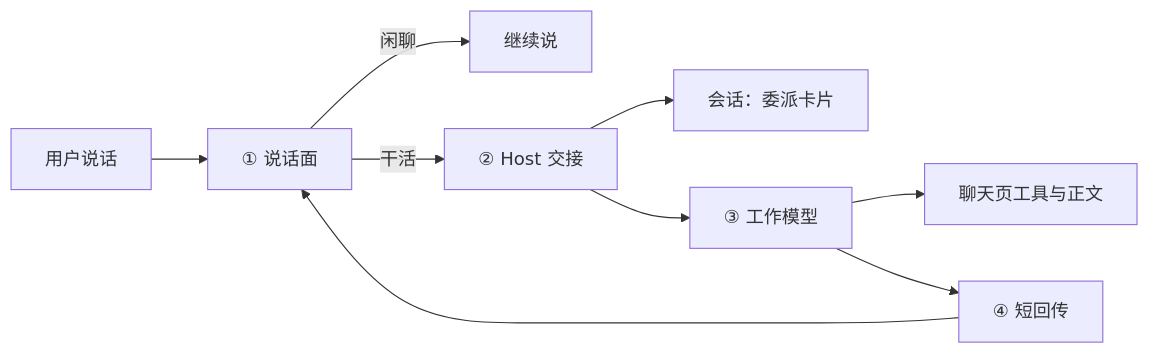
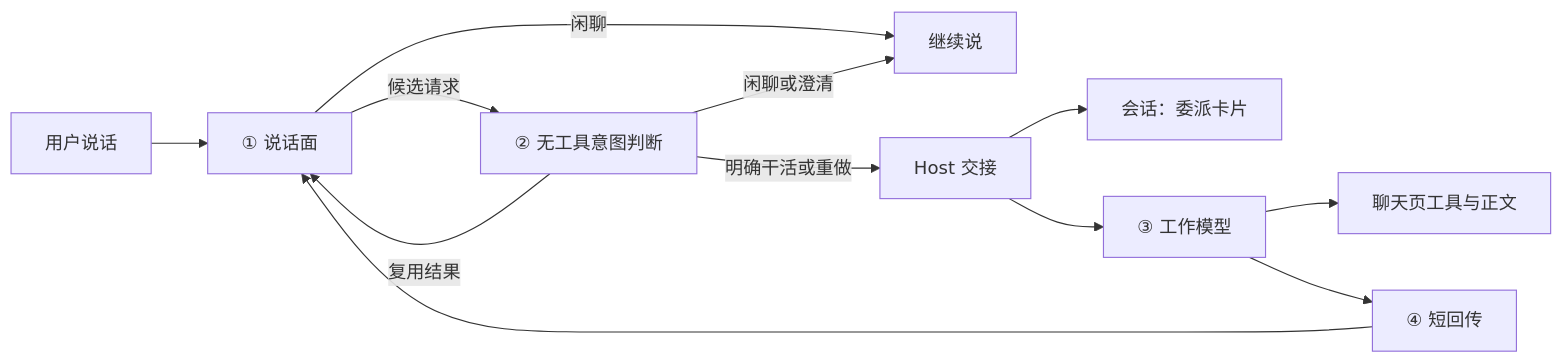
The diagram in docs/specs/2026-08-31-live-language-layers.md (mimimaster/piwin), drawn with Mermaid before and after one commit. The commit also changed other lines of this file and 273 other files, not shown here.

````diff
--- a/docs/specs/2026-08-31-live-language-layers.md
+++ b/docs/specs/2026-08-31-live-language-layers.md
@@ -58,11 +58,14 @@
 ```mermaid
 flowchart LR
   UserTalk[用户说话] --> Spoken[① 说话面]
   Spoken -->|闲聊| Ear[继续说]
-  Spoken -->|干活| Admit[② Host 交接]
+  Spoken -->|候选请求| Review[② 无工具意图判断]
+  Review -->|闲聊或澄清| Ear
+  Review -->|复用结果| Spoken
+  Review -->|明确干活或重做| Admit[Host 交接]
   Admit --> Card[会话：委派卡片]
   Admit --> Work[③ 工作模型]
   Work --> Page[聊天页工具与正文]
   Work --> Return[④ 短回传]
   Return --> Spoken
 ```
````
